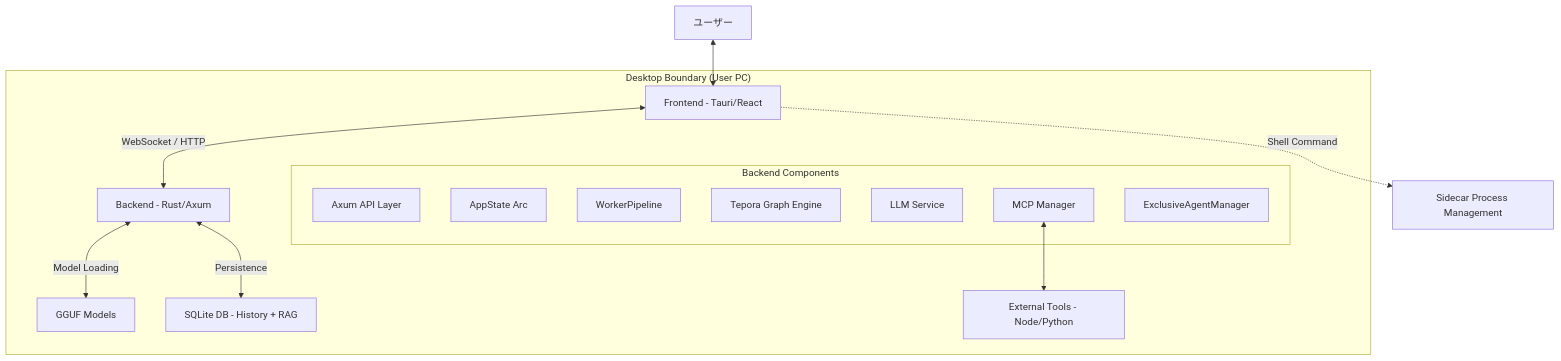
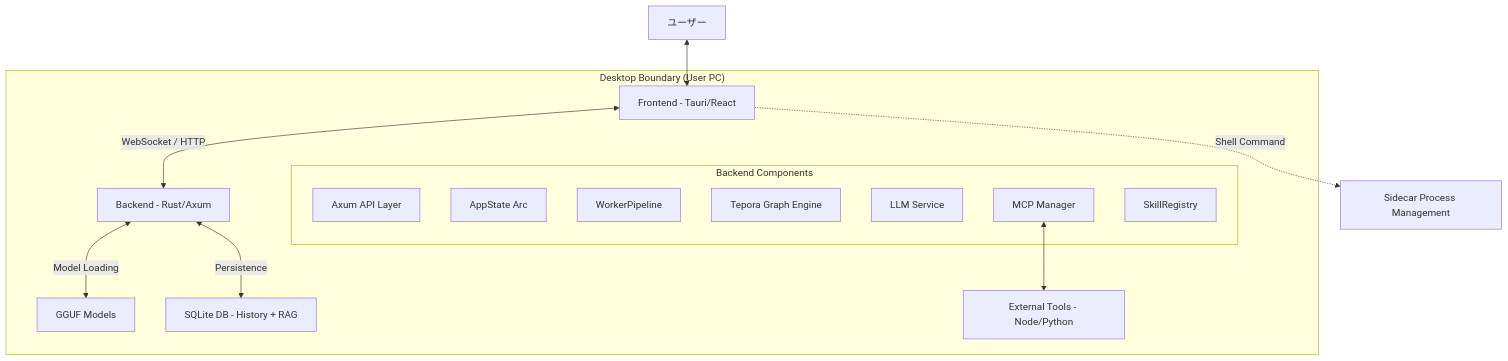
Before and after one commit to coco4atJP/Tepora-alpha: the first of 10 diagrams in docs/architecture/ARCHITECTURE.md, drawn with Mermaid. The commit also changed other lines of this file and 51 other files, not shown here.

````diff
--- a/docs/architecture/ARCHITECTURE.md
+++ b/docs/architecture/ARCHITECTURE.md
@@ -66,25 +66,25 @@
 ```mermaid
 graph TD
     User[ユーザー] <--> Frontend[Frontend - Tauri/React]
   
     subgraph "Desktop Boundary (User PC)"
         Frontend <-->|WebSocket / HTTP| Backend[Backend - Rust/Axum]
     
         subgraph Backend Components
             API[Axum API Layer]
             State[AppState Arc]
             Pipeline[WorkerPipeline]
             Graph[Tepora Graph Engine]
             LLM[LLM Service]
             MCP[MCP Manager]
-            EAM[ExclusiveAgentManager]
+            SR[SkillRegistry]
         end
     
         Backend <-->|Model Loading| GGUF[GGUF Models]
         Backend <-->|Persistence| SQL[SQLite DB - History + RAG]
     
         MCP <--> ExtTools[External Tools - Node/Python]
     end
   
     Frontend -.->|Shell Command| Sidecar[Sidecar Process Management]
 ```
````
